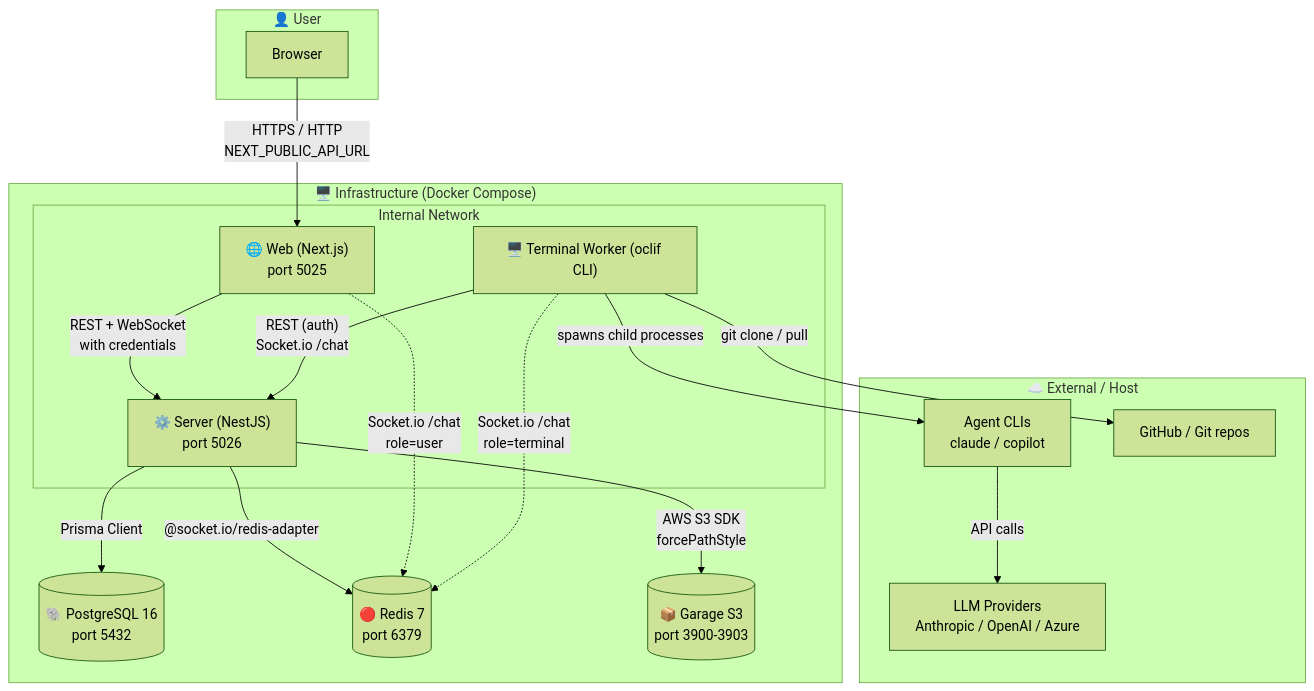
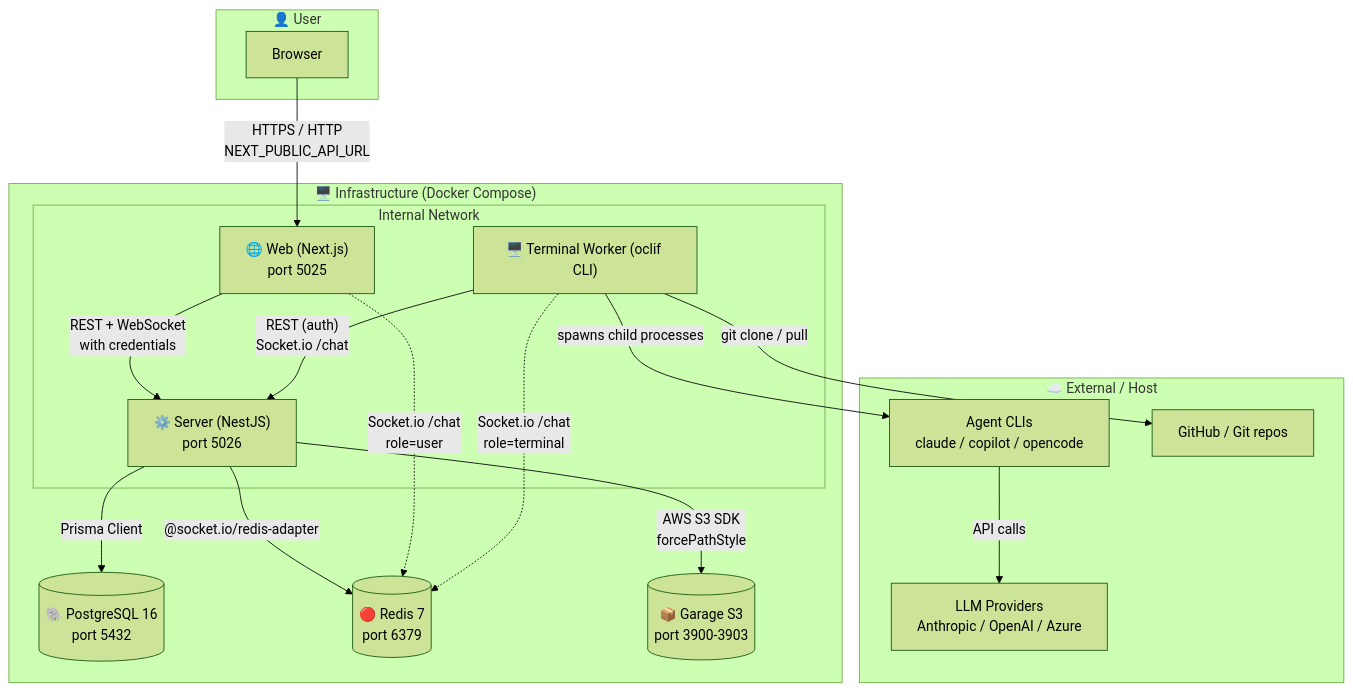
One commit to sergiubutnarasu/onezone changed the first of 9 diagrams in ARCHITECTURE.md. Above: the diagram before and after it, drawn with Mermaid (forest theme). The commit also changed other lines of this file and 5 other files, not shown here.

````diff
--- a/ARCHITECTURE.md
+++ b/ARCHITECTURE.md
@@ -7,37 +7,37 @@
 ```mermaid
 flowchart TB
     subgraph User["👤 User"]
         Browser["Browser"]
     end
 
     subgraph Infra["🖥️ Infrastructure (Docker Compose)"]
         subgraph Network["Internal Network"]
             Web["🌐 Web (Next.js)<br/>port 5025"]
             Server["⚙️ Server (NestJS)<br/>port 5026"]
             Terminal["🖥️ Terminal Worker (oclif CLI)"]
         end
 
         Postgres[("🐘 PostgreSQL 16<br/>port 5432")]
         Redis[("🔴 Redis 7<br/>port 6379")]
         Garage[("📦 Garage S3<br/>port 3900-3903")]
     end
 
     subgraph External["☁️ External / Host"]
-        AgentCLIs["Agent CLIs<br/>claude / copilot"]
+        AgentCLIs["Agent CLIs<br/>claude / copilot / opencode"]
         GitHub["GitHub / Git repos"]
         LLMProviders["LLM Providers<br/>Anthropic / OpenAI / Azure"]
     end
 
     Browser -->|"HTTPS / HTTP<br/>NEXT_PUBLIC_API_URL"| Web
     Web -->|"REST + WebSocket<br/>with credentials"| Server
     Terminal -->|"REST (auth)<br/>Socket.io /chat"| Server
     Server -->|"Prisma Client"| Postgres
     Server -->|"@socket.io/redis-adapter"| Redis
     Server -->|"AWS S3 SDK<br/>forcePathStyle"| Garage
     Terminal -->|"spawns child processes"| AgentCLIs
     Terminal -->|"git clone / pull"| GitHub
     AgentCLIs -->|"API calls"| LLMProviders
 
     Web -.->|"Socket.io /chat<br/>role=user"| Redis
     Terminal -.->|"Socket.io /chat<br/>role=terminal"| Redis
 ```
````
